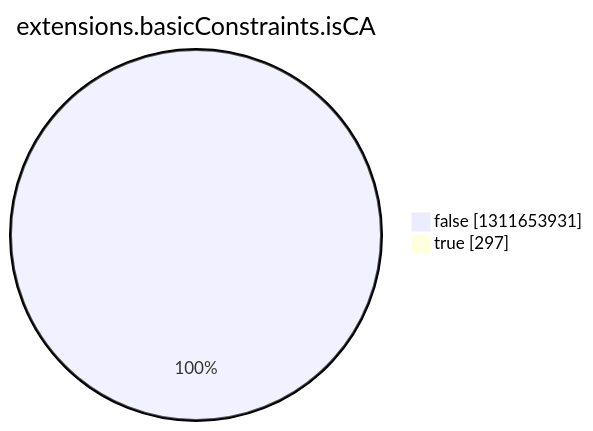
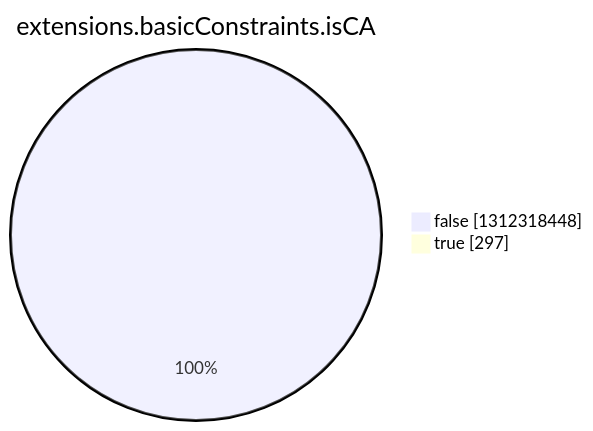
Before and after one commit to christiankrug/ctmonitor_visualization: the eighth of 15 diagrams in argon2022/README.md, drawn with Mermaid. The commit also changed other lines of this file, not shown here.

````diff
--- a/argon2022/README.md
+++ b/argon2022/README.md
@@ -2758,6 +2758,6 @@
 ```mermaid
 pie showData
 title extensions.basicConstraints.isCA
-"false" :1311653931
+"false" :1312318448
 "true" :297
 ```
````
